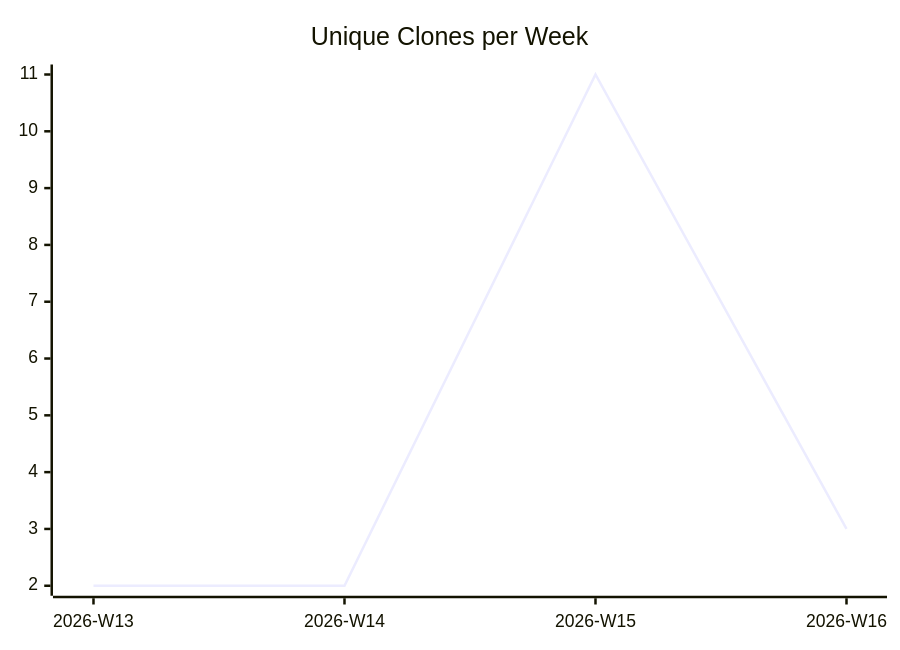
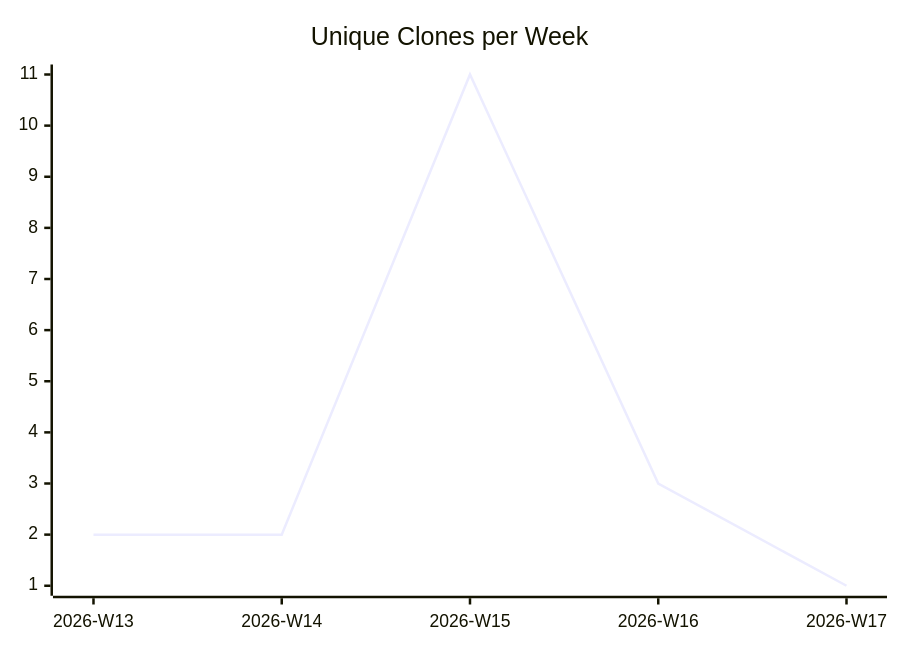
The third of 3 diagrams in karlmdavis/jessentials/README.md (justdavis-family/github-analytics-data), drawn with Mermaid before and after one commit. The commit also changed other lines of this file and 192 other files, not shown here.

````diff
--- a/karlmdavis/jessentials/README.md
+++ b/karlmdavis/jessentials/README.md
@@ -19,6 +19,6 @@
 ```mermaid
 xychart-beta
   title "Unique Clones per Week"
-  x-axis ["2026-W13", "2026-W14", "2026-W15", "2026-W16"]
-  line [2, 2, 11, 3]
+  x-axis ["2026-W13", "2026-W14", "2026-W15", "2026-W16", "2026-W17"]
+  line [2, 2, 11, 3, 1]
 ```
````
